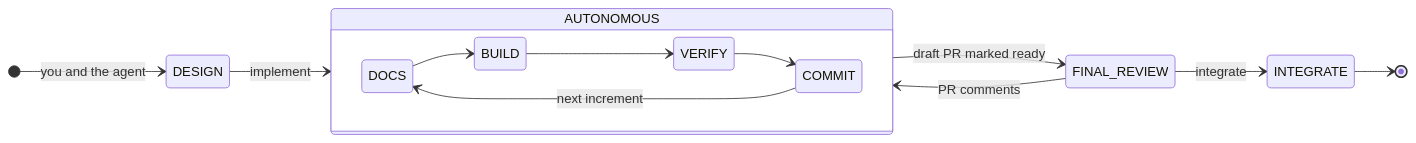
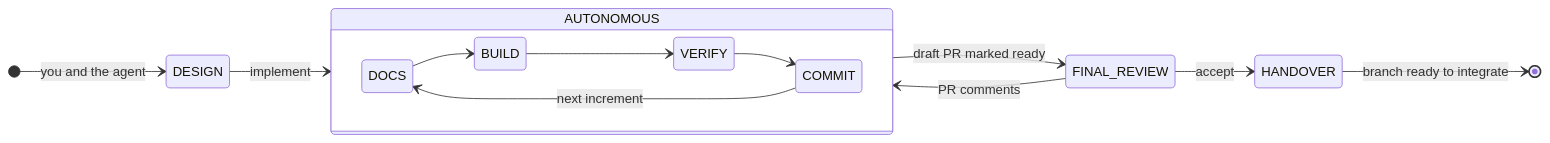
Before and after one commit to an-dr/agents: the fourth of 6 diagrams in README.md, drawn with Mermaid. The commit also changed other lines of this file and 25 other files, not shown here.

First line of the commit message:
feat(workflow)!: end flows at handover, integrate only on request

````diff
--- a/README.md
+++ b/README.md
@@ -128,17 +128,17 @@
 ```mermaid
 stateDiagram-v2
   direction LR
   [*] --> DESIGN: you and the agent
   DESIGN --> AUTONOMOUS: implement
   state AUTONOMOUS {
     direction LR
     DOCS --> BUILD
     BUILD --> VERIFY
     VERIFY --> COMMIT
     COMMIT --> DOCS: next increment
   }
   AUTONOMOUS --> FINAL_REVIEW: draft PR marked ready
   FINAL_REVIEW --> AUTONOMOUS: PR comments
-  FINAL_REVIEW --> INTEGRATE: integrate
-  INTEGRATE --> [*]
+  FINAL_REVIEW --> HANDOVER: accept
+  HANDOVER --> [*]: branch ready to integrate
 ```
````
